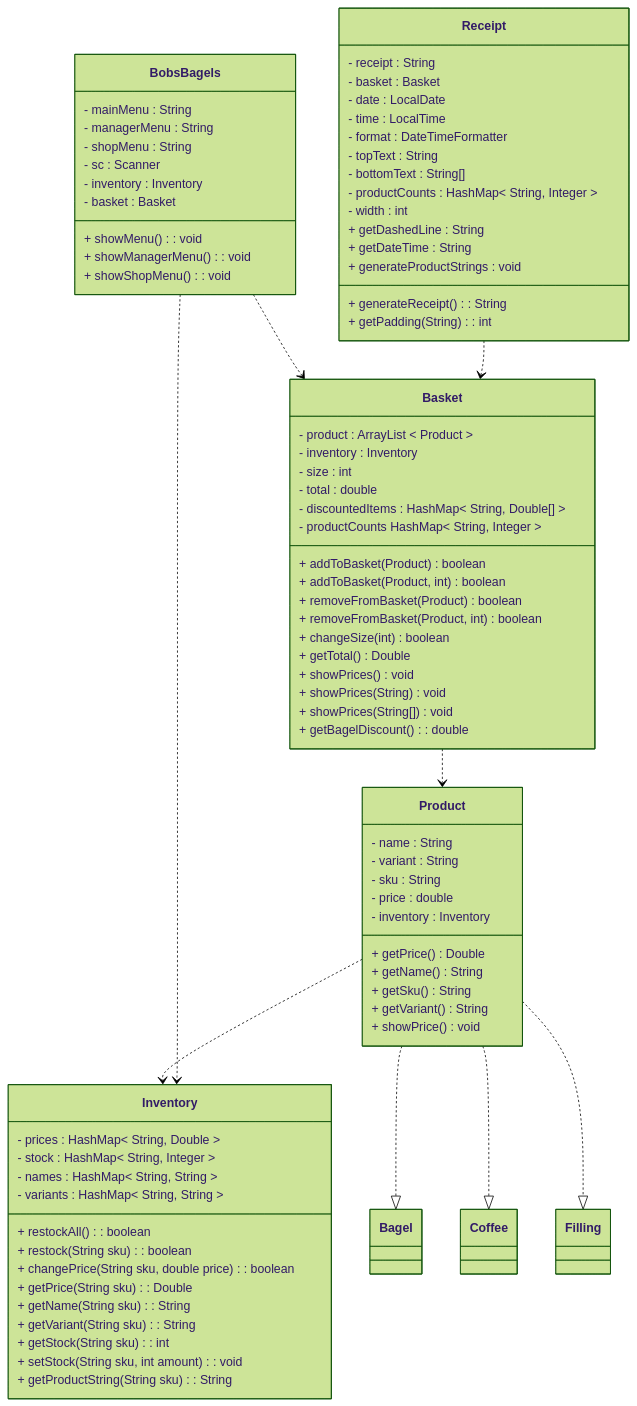
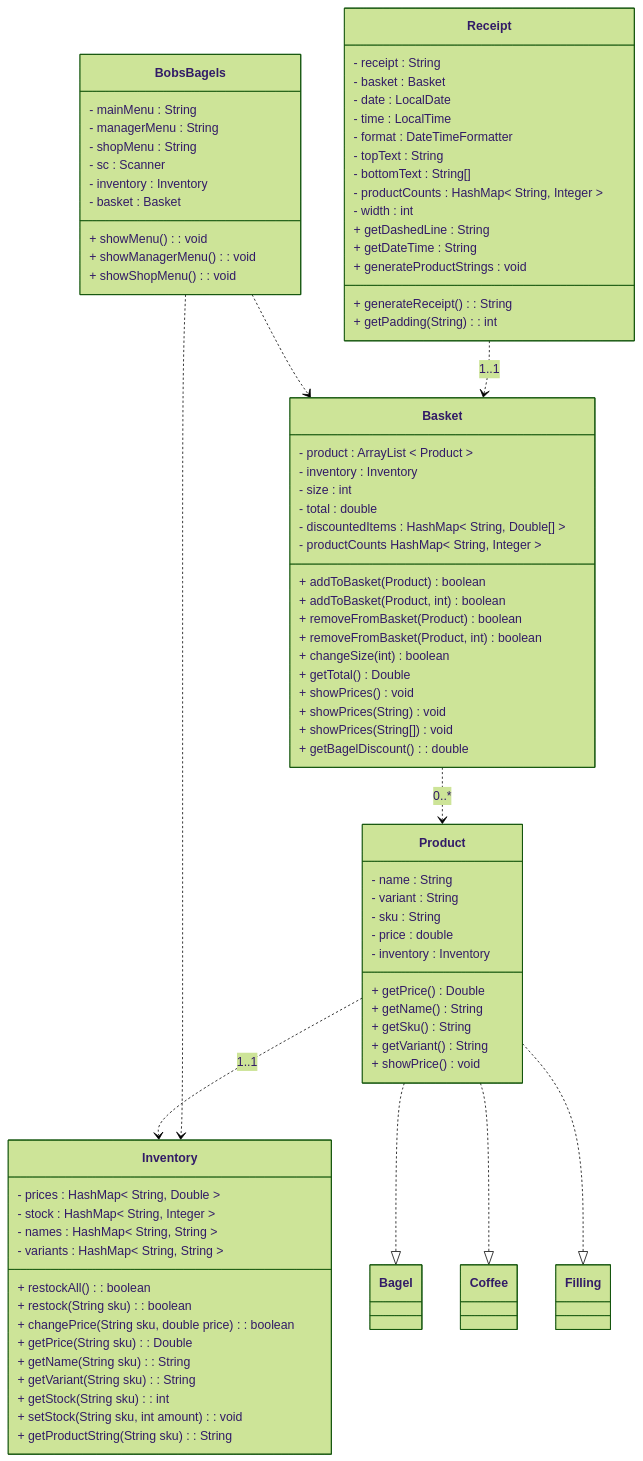
The diagram in class-diagram.md (nora-hansen/java-tdd-oop-bobs-bagels), drawn with Mermaid (forest theme) before and after one commit. The commit also changed 8 other files, not shown here.

```diff
--- a/class-diagram.md
+++ b/class-diagram.md
@@ -81,11 +81,11 @@
         + getDateTime : String
         + generateProductStrings : void
     }
-    Basket ..> Product
-    Product ..> Inventory
+    Basket ..> Product : 0..*
+    Product ..> Inventory : 1..1
     BobsBagels ..> Basket
     BobsBagels ..> Inventory
-    Receipt ..> Basket
+    Receipt ..> Basket : 1..1
     Product ..|> Bagel
     Product ..|> Coffee
     Product ..|> Filling
```
